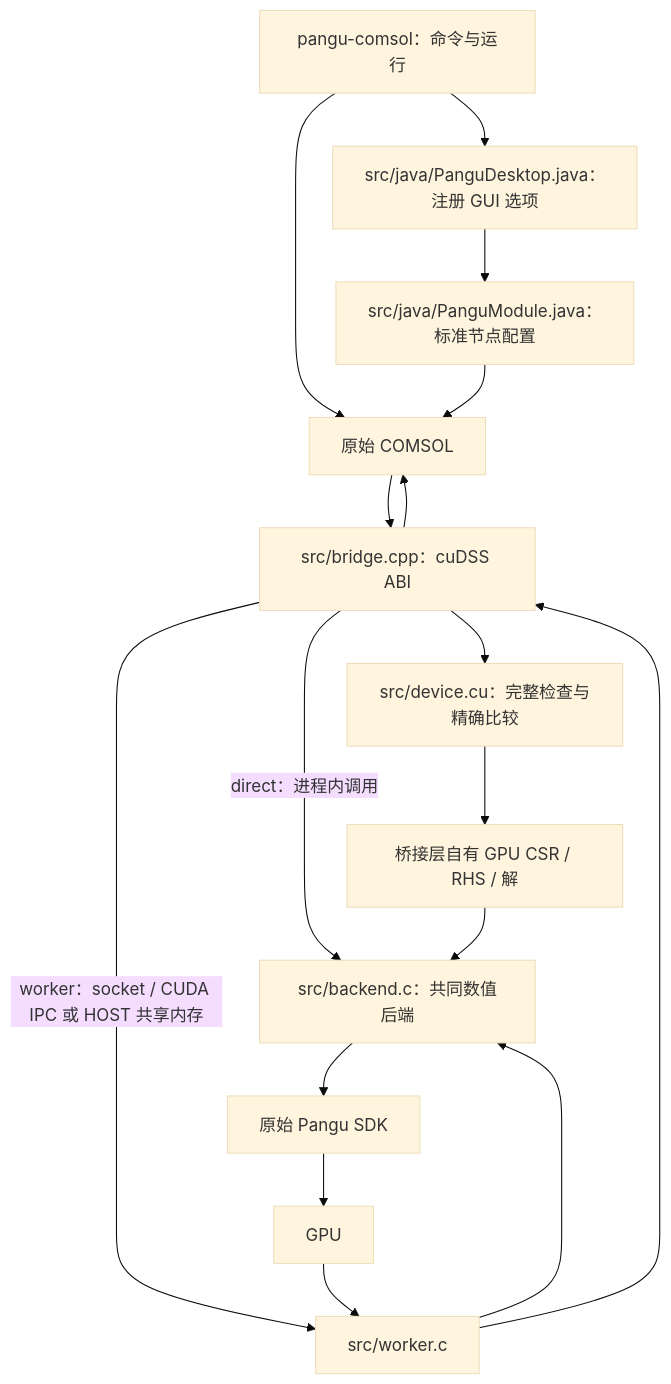
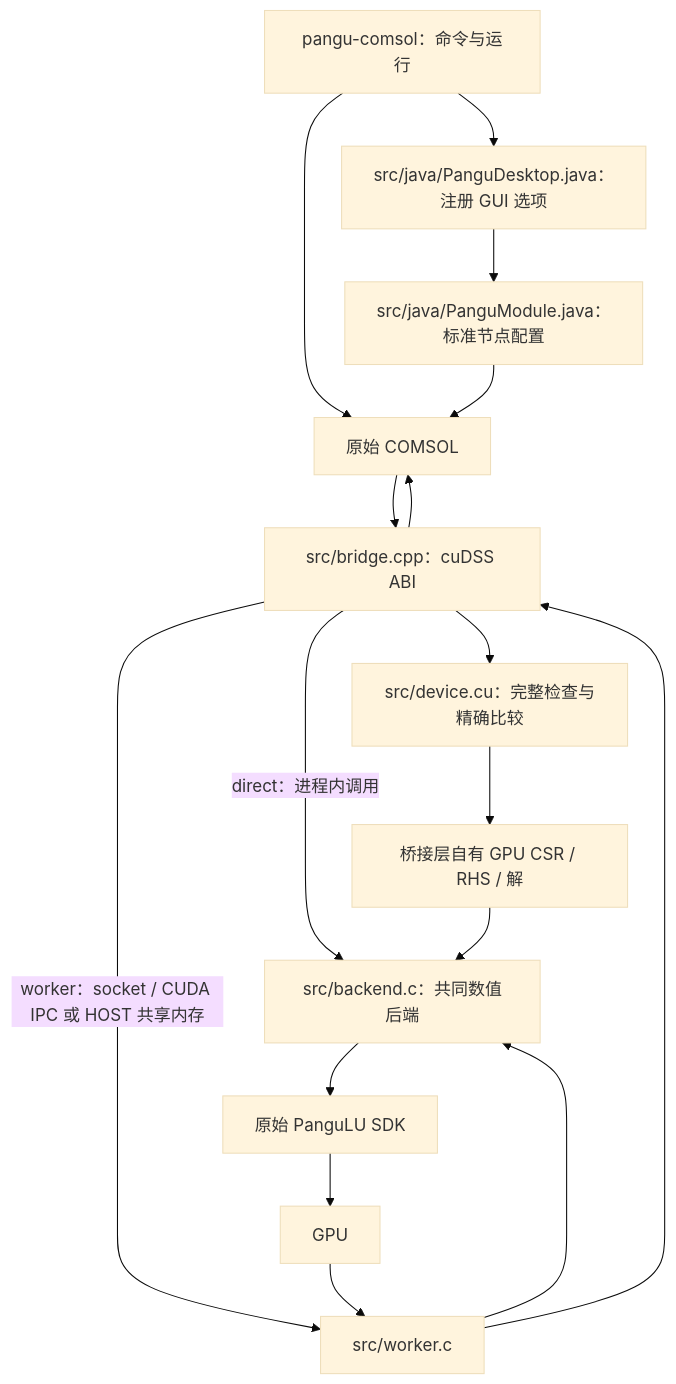
One commit to yamato720/pangulu-comsol changed the diagram in docs/architecture.md. Above: the diagram before and after it, drawn with Mermaid (base theme). The commit also changed other lines of this file and 63 other files, not shown here.

````diff
--- a/docs/architecture.md
+++ b/docs/architecture.md
@@ -35,19 +35,19 @@
 ```mermaid
 flowchart TD
     L[pangu-comsol：命令与运行] --> C[原始 COMSOL]
     L --> D[src/java/PanguDesktop.java：注册 GUI 选项]
     D --> J[src/java/PanguModule.java：标准节点配置]
     J --> C
     C --> B[src/bridge.cpp：cuDSS ABI]
     B --> V[src/device.cu：完整检查与精确比较]
     V --> M[桥接层自有 GPU CSR / RHS / 解]
     B -->|worker：socket / CUDA IPC 或 HOST 共享内存| W[src/worker.c]
     W --> E[src/backend.c：共同数值后端]
     B -->|direct：进程内调用| E
     M --> E
-    E --> S[原始 Pangu SDK]
+    E --> S[原始 PanguLU SDK]
     S --> G[GPU]
     G --> W
     W --> B
     B --> C
 ```
````
